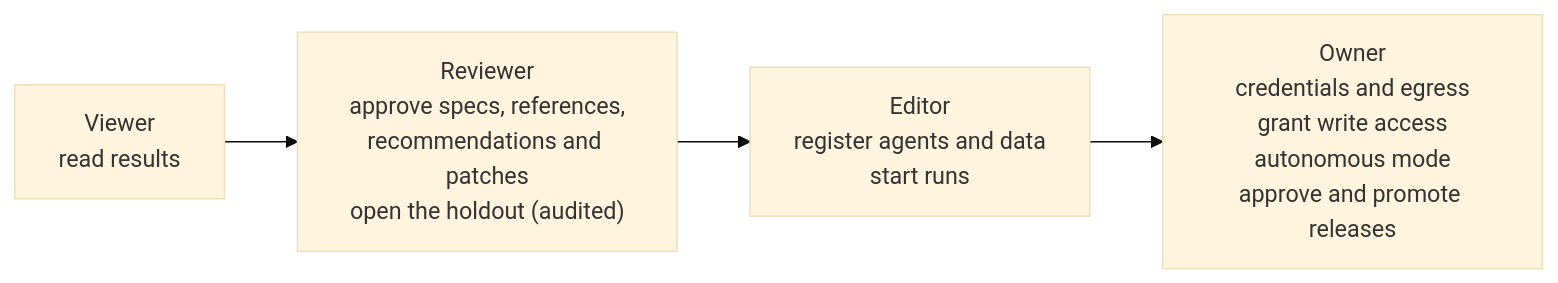
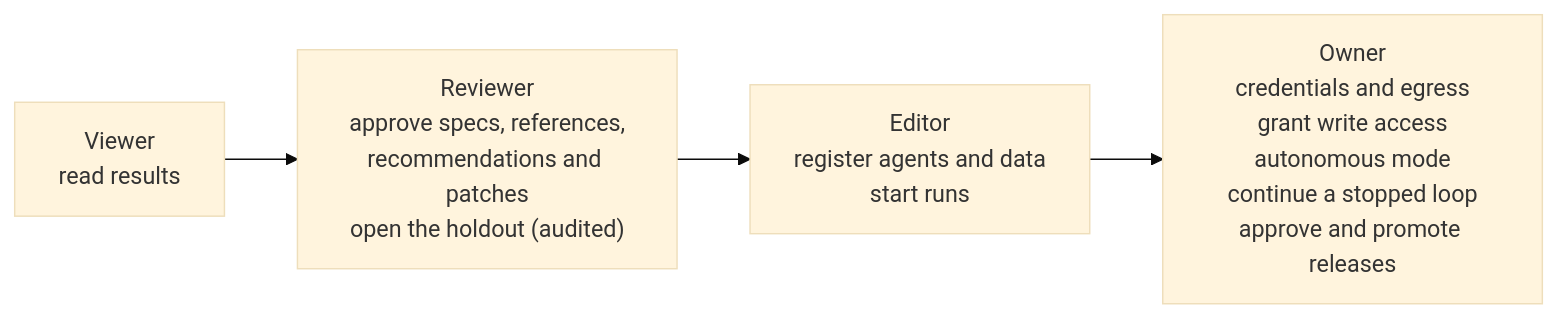
The fourth of 4 diagrams in docs/WORKFLOW.md (abdullahahmed94/kaizeval), drawn with Mermaid (base theme) before and after one commit. The commit also changed other lines of this file and 6 other files, not shown here.

First line of the commit message:
Docs: bring diagrams, install steps and feature list up to date

````diff
--- a/docs/WORKFLOW.md
+++ b/docs/WORKFLOW.md
@@ -124,6 +124,6 @@
 ```mermaid
 flowchart LR
     V["Viewer<br/>read results"] --> RV["Reviewer<br/>approve specs, references,<br/>recommendations and patches<br/>open the holdout (audited)"]
     RV --> ED["Editor<br/>register agents and data<br/>start runs"]
-    ED --> OW["Owner<br/>credentials and egress<br/>grant write access<br/>autonomous mode<br/>approve and promote releases"]
+    ED --> OW["Owner<br/>credentials and egress<br/>grant write access<br/>autonomous mode<br/>continue a stopped loop<br/>approve and promote releases"]
 ```
````
